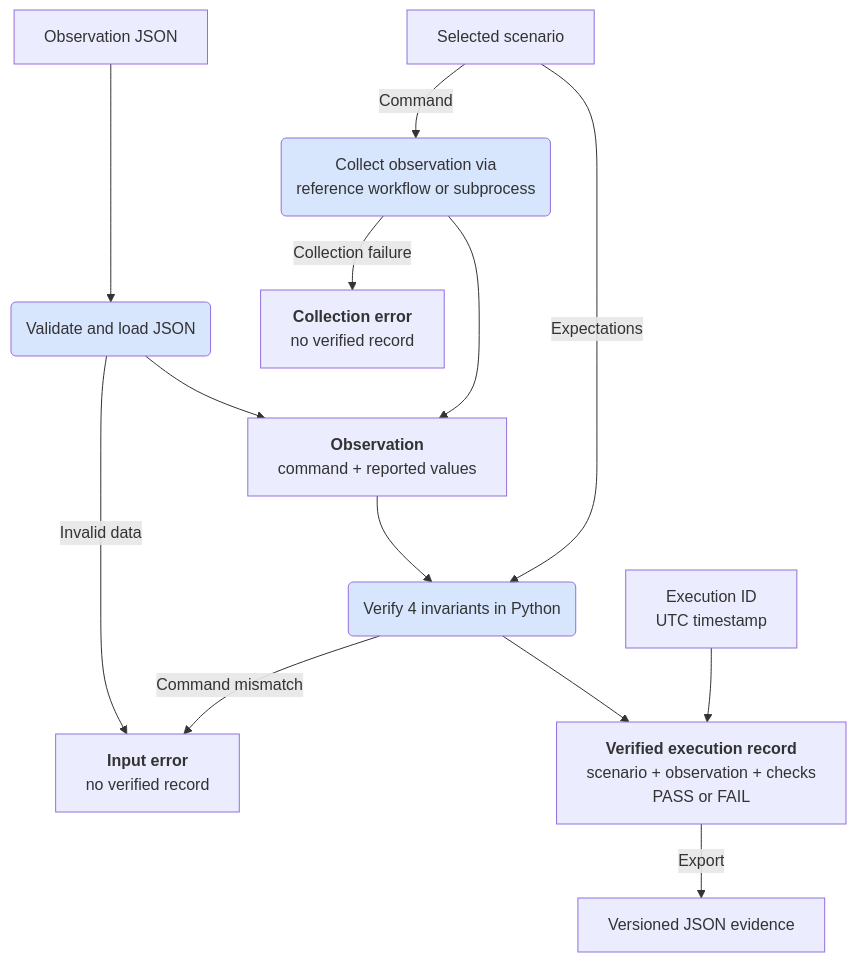
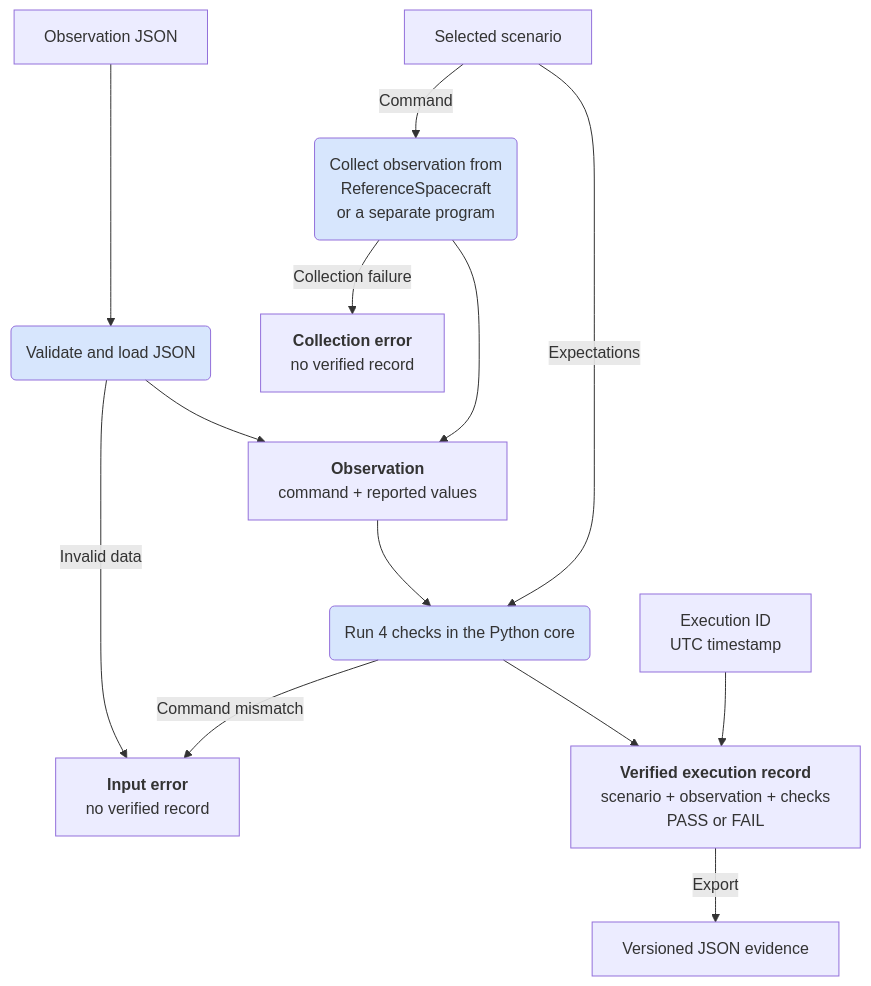
The diagram in docs/architecture.md (NikolayAir/OrbiRig), drawn with Mermaid before and after one commit. The commit also changed other lines of this file and 37 other files, not shown here.

````diff
--- a/docs/architecture.md
+++ b/docs/architecture.md
@@ -11,27 +11,27 @@
 ```mermaid
 ---
 config:
   layout: dagre
   look: classic
   flowchart:
     diagramPadding: 16
     wrappingWidth: 280
 ---
 flowchart TD
     accTitle: Observation collection and independent verification
-    accDescr: Observation JSON is validated and loaded, or the Python API executes the command required by the selected scenario and collects an observation. Python checks the observation against the scenario's separate expectations. The execution ID and UTC timestamp identify the verified record, which contains four checks and a PASS or FAIL outcome and can be exported as versioned JSON. Invalid input, a command that does not match the scenario, or a collection error prevents record creation.
+    accDescr: Observation JSON is validated and loaded, or the Python API executes the command required by the selected scenario and collects an observation. Python checks the observation against the scenario's separate expectations. The execution ID and UTC timestamp identify the verified record, which contains 4 checks and a PASS or FAIL outcome and can be exported as versioned JSON. Invalid input, a command that does not match the scenario, or a collection error prevents record creation.
     saved["Observation JSON"] ---> load("Validate and load JSON")
-    scenario["Selected scenario"] -->|Command| collect("Collect observation via<br/>reference workflow or subprocess")
+    scenario["Selected scenario"] -->|Command| collect("Collect observation from<br/>ReferenceSpacecraft<br/>or a separate program")
     collect ---> observation
     load --> observation["<b>Observation</b><br/>command + reported values"]
-    scenario -->|Expectations| verifier("Verify 4 invariants in Python")
+    scenario -->|Expectations| verifier("Run 4 checks in the Python core")
     observation --> verifier
     verifier -->|Command mismatch| error["<b>Input error</b><br/>no verified record"]
     load -->|Invalid data| error
     collect -->|Collection failure| collectionError["<b>Collection error</b><br/>no verified record"]
     metadata["Execution ID<br/>UTC timestamp"] --> record["<b>Verified execution record</b><br/>scenario + observation + checks<br/>PASS or FAIL"]
     verifier --> record
     record -->|Export| evidence["Versioned JSON evidence"]
     classDef action fill:#3b82f633
     class load,collect,verifier action
 ```
````
